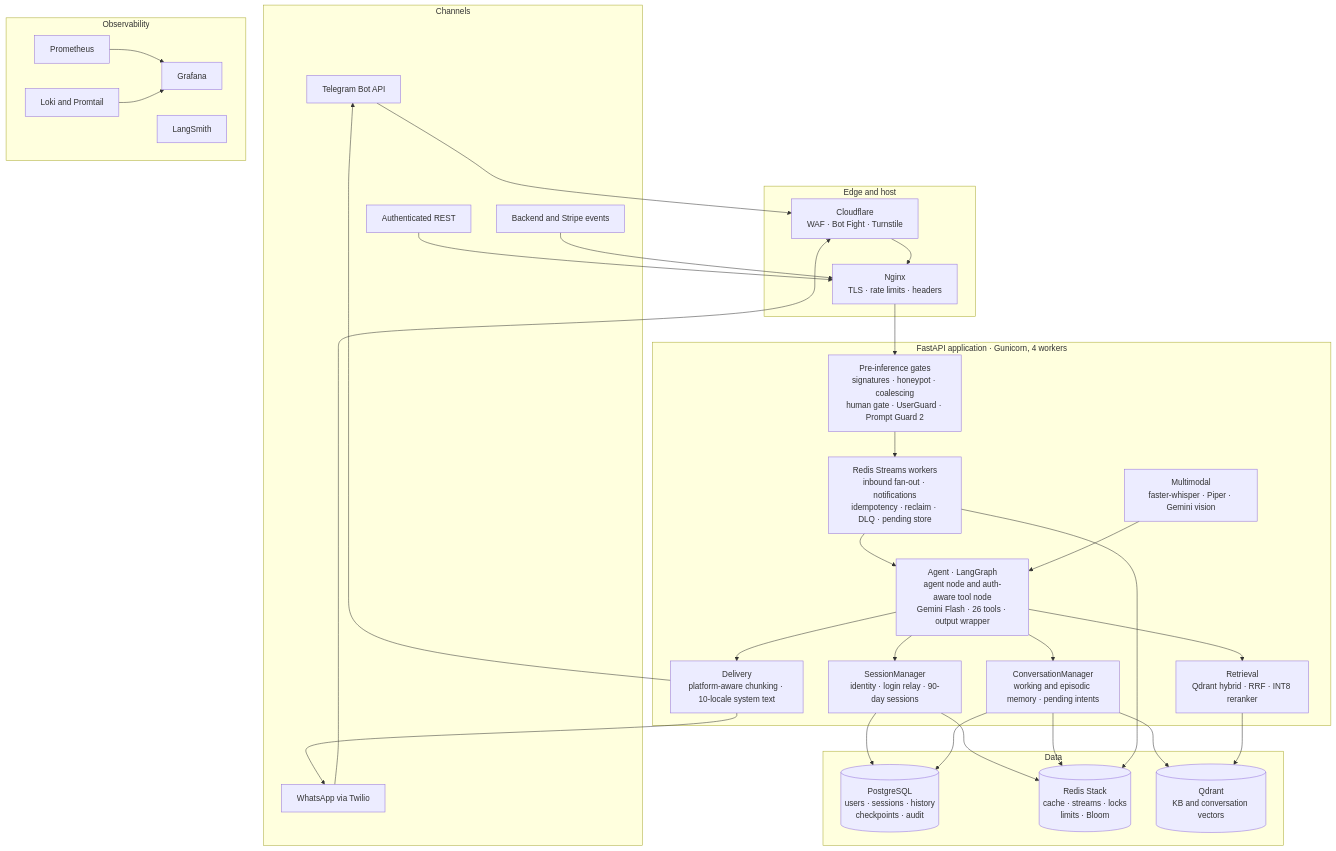
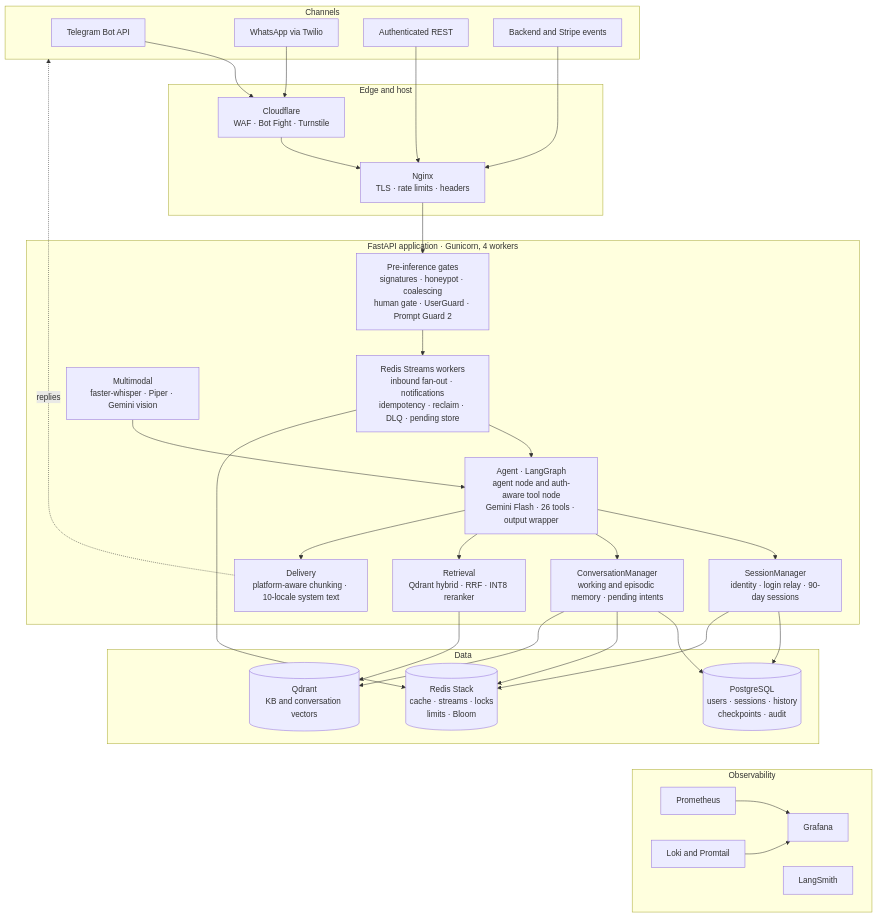
Before and after one commit to JoshPola96/enterprise-ai-agent-architecture-esim: the first of 5 diagrams in docs/08-operations.md, drawn with Mermaid. The commit also changed other lines of this file and 7 other files, not shown here.

First line of the commit message:
Make the wide diagrams readable on phones and add lessons from the record

````diff
--- a/docs/08-operations.md
+++ b/docs/08-operations.md
@@ -12,60 +12,60 @@
 ```mermaid
 flowchart TB
     subgraph CH["Channels"]
         TG["Telegram Bot API"]
         WA["WhatsApp via Twilio"]
         REST["Authenticated REST"]
         BE["Backend and Stripe events"]
     end
 
     subgraph EDGE["Edge and host"]
         CF["Cloudflare<br/>WAF · Bot Fight · Turnstile"]
         NG["Nginx<br/>TLS · rate limits · headers"]
     end
 
     subgraph APP["FastAPI application · Gunicorn, 4 workers"]
         GATE["Pre-inference gates<br/>signatures · honeypot · coalescing<br/>human gate · UserGuard · Prompt Guard 2"]
         STR["Redis Streams workers<br/>inbound fan-out · notifications<br/>idempotency · reclaim · DLQ · pending store"]
         AG["Agent · LangGraph<br/>agent node and auth-aware tool node<br/>Gemini Flash · 26 tools · output wrapper"]
         SM["SessionManager<br/>identity · login relay · 90-day sessions"]
         CM["ConversationManager<br/>working and episodic memory · pending intents"]
         RAG["Retrieval<br/>Qdrant hybrid · RRF · INT8 reranker"]
         MM["Multimodal<br/>faster-whisper · Piper · Gemini vision"]
         DEL["Delivery<br/>platform-aware chunking · 10-locale system text"]
     end
 
     subgraph DATA["Data"]
         PG[("PostgreSQL<br/>users · sessions · history<br/>checkpoints · audit")]
         RD[("Redis Stack<br/>cache · streams · locks<br/>limits · Bloom")]
         QD[("Qdrant<br/>KB and conversation vectors")]
     end
 
     subgraph OBS["Observability"]
         PR["Prometheus"]
         GF["Grafana"]
         LK["Loki and Promtail"]
         LS["LangSmith"]
     end
 
     TG --> CF
     WA --> CF
     REST --> NG
     BE --> NG
     CF --> NG --> GATE --> STR --> AG
     MM --> AG
     AG --> SM
     AG --> CM
     AG --> RAG
     AG --> DEL
-    DEL --> TG
-    DEL --> WA
+    DEL -. "replies" .-> CH
     SM --> PG
     SM --> RD
     CM --> PG
     CM --> RD
     CM --> QD
     RAG --> QD
     STR --> RD
     PR --> GF
     LK --> GF
+    DATA ~~~ OBS
 ```
````
